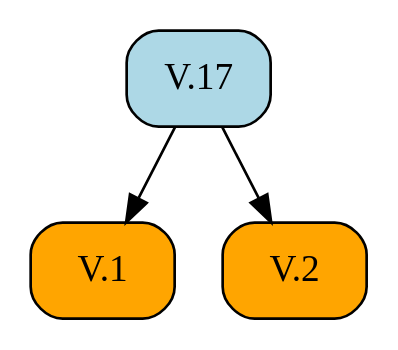
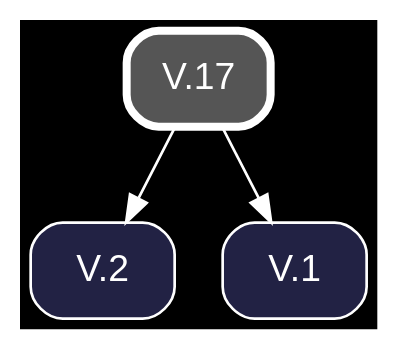
Before and after one commit to geometor/elements: the diagram in docsrc/heath/V/17/index.rst, drawn with Graphviz. The commit also changed other lines of this file and 1200 other files, not shown here.

Commit message:
update dependency graphs

```diff
--- a/docsrc/heath/V/17/index.rst
+++ b/docsrc/heath/V/17/index.rst
@@ -86,11 +86,13 @@
 .. graphviz::
 
    digraph {
+     bgcolor="black";
+     node [shape=box, style="rounded,filled", fontname="Helvetica", color="white", fontcolor="white"];
+     edge [color="white", fontcolor="white"];
      rankdir="TB";
-     node [shape=box, style=rounded];
-     "V.1" [style="rounded,filled", fillcolor=orange, URL="/heath/V/1/", target="_top"];
-     "V.2" [style="rounded,filled", fillcolor=orange, URL="/heath/V/2/", target="_top"];
-     "V.17" [style="rounded,filled", fillcolor=lightblue, URL="/heath/V/17/", target="_top"];
+     "V.2" [fillcolor="#222244", URL="/heath/V/2/", target="_top"];
+     "V.1" [fillcolor="#222244", URL="/heath/V/1/", target="_top"];
+     "V.17" [penwidth=3, color="white", fillcolor="#555555", URL="/heath/V/17/", target="_top"];
+     "V.17" -> "V.2";
      "V.17" -> "V.1";
-     "V.17" -> "V.2";
    }
```
